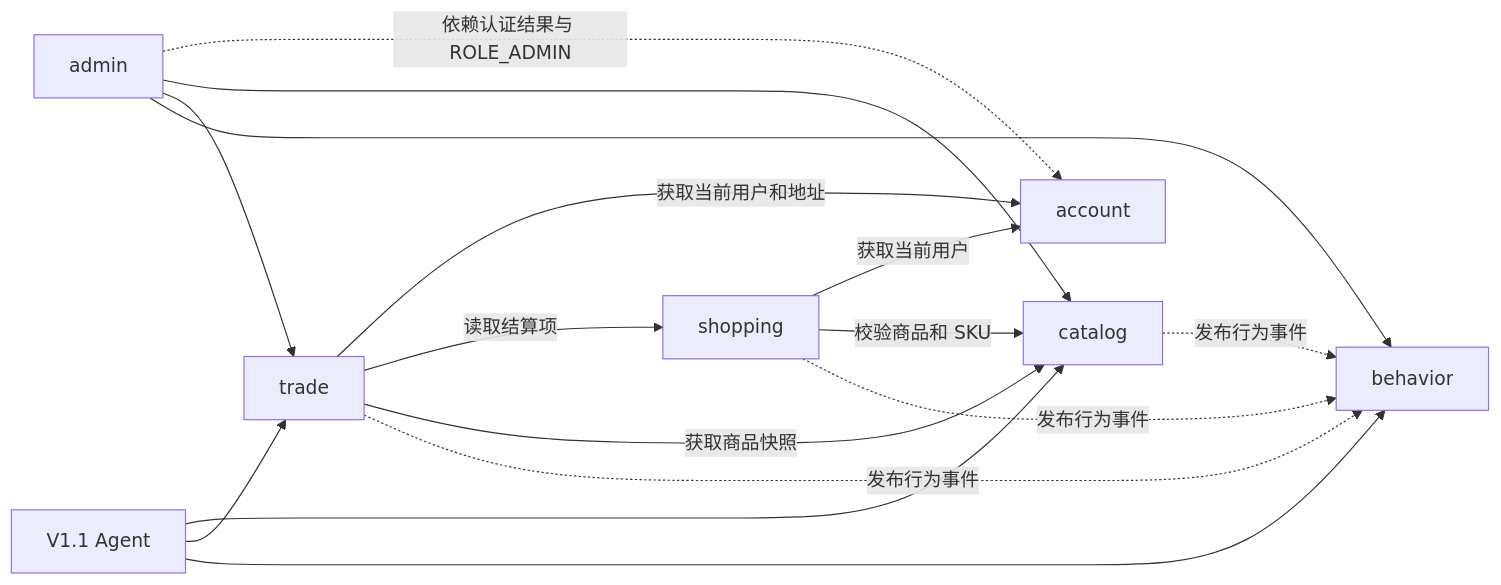
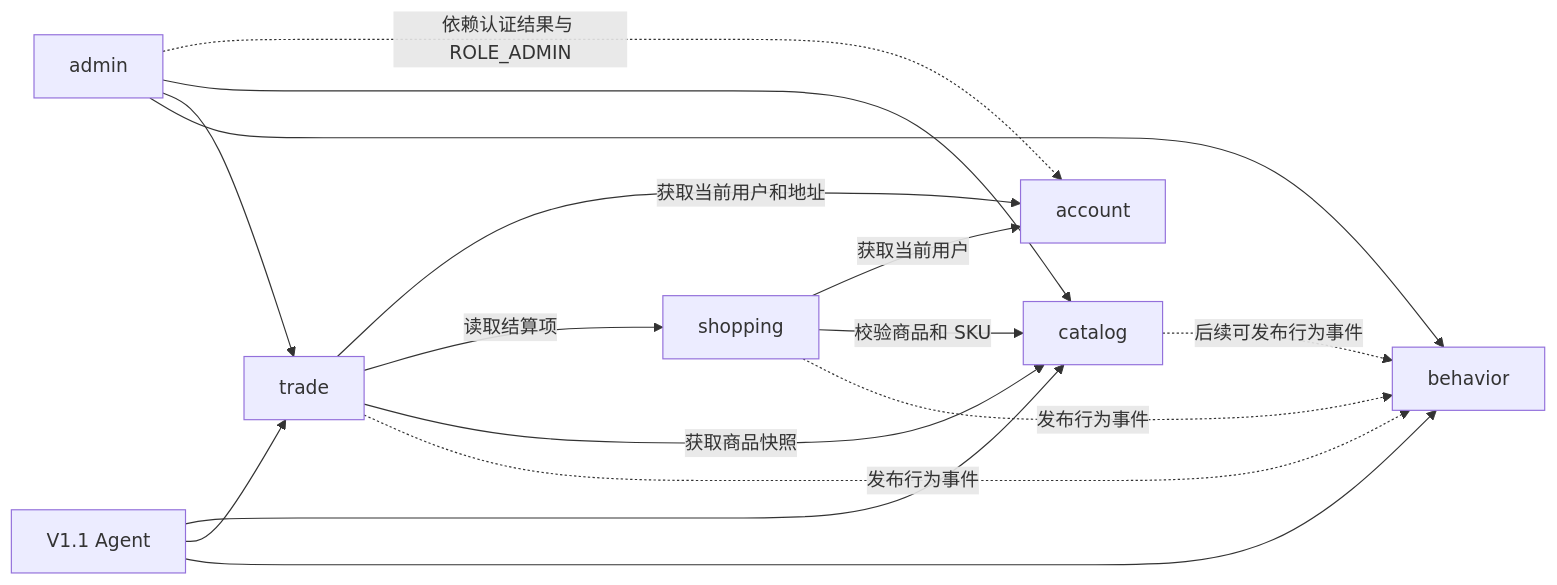
One commit to XMU-Linjer/persona-flow-commerce changed the diagram in docs/module-contracts.md. Above: the diagram before and after it, drawn with Mermaid. The commit also changed other lines of this file and 2 other files, not shown here.

````diff
--- a/docs/module-contracts.md
+++ b/docs/module-contracts.md
@@ -119,31 +121,31 @@
 ```mermaid
 flowchart LR
     Shopping[shopping]
     Trade[trade]
     Admin[admin]
     Agent[V1.1 Agent]
 
     Account[account]
     Catalog[catalog]
     Behavior[behavior]
 
     Shopping -->|获取当前用户| Account
     Shopping -->|校验商品和 SKU| Catalog
 
     Trade -->|获取当前用户和地址| Account
     Trade -->|读取结算项| Shopping
     Trade -->|获取商品快照| Catalog
 
-    Catalog -.发布行为事件.-> Behavior
+    Catalog -.后续可发布行为事件.-> Behavior
     Shopping -.发布行为事件.-> Behavior
     Trade -.发布行为事件.-> Behavior
 
     Admin -.依赖认证结果与 ROLE_ADMIN.-> Account
     Admin --> Catalog
     Admin --> Trade
     Admin --> Behavior
 
     Agent --> Catalog
     Agent --> Trade
     Agent --> Behavior
 ```
````
